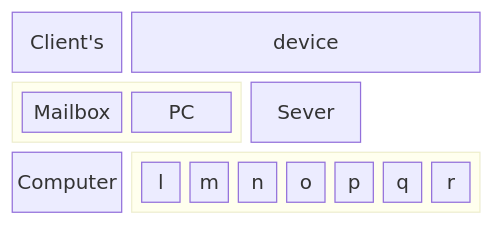
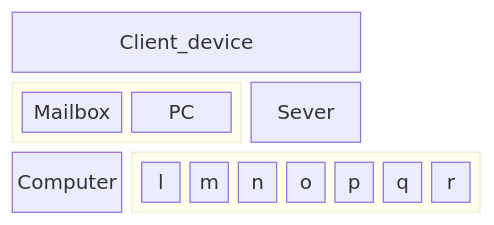
The sixth of 6 diagrams in README.md (Kietpawpan/pdpa), drawn with Mermaid before and after one commit.

````diff
--- a/README.md
+++ b/README.md
@@ -123,14 +123,14 @@
 ```mermaid
 block-beta
   columns 3
-  Client's device:3
+  Client_device:3
   block:group1:2
     columns 2
-    Mailbox PC 
+    Mailbox PC
   end
   Sever Computer
   block:group2:3
     %% columns auto (default)
     l m n o p q r
   end
 ```
````
